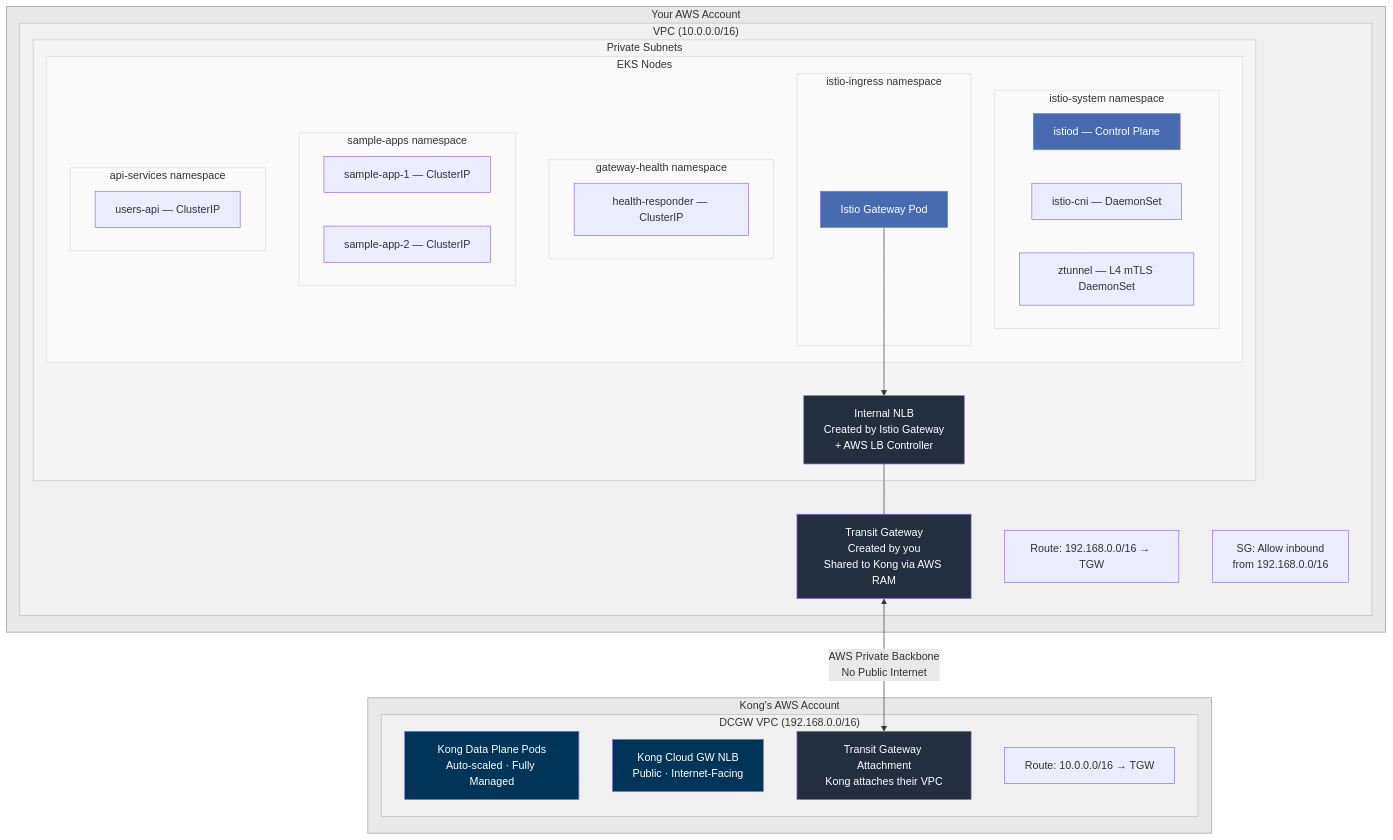
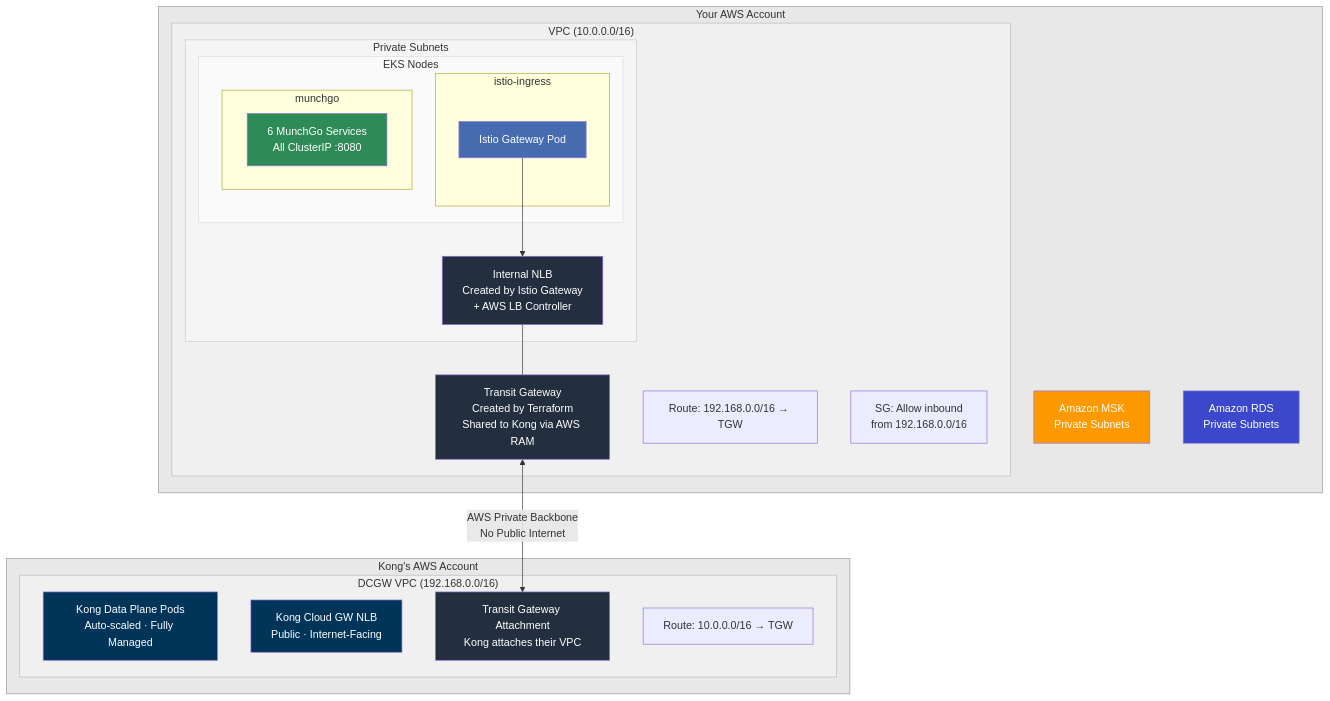
Before and after one commit to shanaka-versent/Kong-Konnect-Cloud-Gateway-on-EKS: the fifth of 13 diagrams in README.md, drawn with Mermaid. The commit also changed other lines of this file and 41 other files, not shown here.

First line of the commit message:
Deploy MunchGo microservices platform with Istio Ambient Service Mesh

````diff
--- a/README.md
+++ b/README.md
@@ -149,65 +242,52 @@
 ```mermaid
 graph TB
     subgraph your_acct2 ["Your AWS Account"]
         subgraph VPC ["VPC (10.0.0.0/16)"]
             subgraph PrivSubnets [Private Subnets]
                 subgraph EKSNodes [EKS Nodes]
-                    subgraph ns_istio_system ["istio-system namespace"]
-                        istiod_n[istiod — Control Plane]
-                        cni_n[istio-cni — DaemonSet]
-                        ztunnel_n[ztunnel — L4 mTLS DaemonSet]
-                    end
-                    subgraph ns_istio_ingress ["istio-ingress namespace"]
+                    subgraph ns_istio_ingress ["istio-ingress"]
                         gw_pod[Istio Gateway Pod]
                     end
-                    subgraph ns_gw_health2 ["gateway-health namespace"]
-                        health_n[health-responder — ClusterIP]
-                    end
-                    subgraph ns_sample_apps ["sample-apps namespace"]
-                        app1_n[sample-app-1 — ClusterIP]
-                        app2_n[sample-app-2 — ClusterIP]
-                    end
-                    subgraph ns_api2 ["api-services namespace"]
-                        api_n[users-api — ClusterIP]
+                    subgraph ns_munchgo2 ["munchgo"]
+                        services_n[6 MunchGo Services<br/>All ClusterIP :8080]
                     end
                 end
                 INLB[Internal NLB<br/>Created by Istio Gateway<br/>+ AWS LB Controller]
             end
-            TGW_Y[Transit Gateway<br/>Created by you<br/>Shared to Kong via AWS RAM]
+            TGW_Y[Transit Gateway<br/>Created by Terraform<br/>Shared to Kong via AWS RAM]
             RT_Y[Route: 192.168.0.0/16 → TGW]
             SG_Y[SG: Allow inbound<br/>from 192.168.0.0/16]
         end
+        MSK2[Amazon MSK<br/>Private Subnets]
+        RDS2[Amazon RDS<br/>Private Subnets]
     end
 
     subgraph kong_acct2 ["Kong's AWS Account"]
         subgraph KVPC ["DCGW VPC (192.168.0.0/16)"]
             KDP[Kong Data Plane Pods<br/>Auto-scaled · Fully Managed]
             KNLB[Kong Cloud GW NLB<br/>Public · Internet-Facing]
             TGW_K[Transit Gateway Attachment<br/>Kong attaches their VPC]
             RT_K[Route: 10.0.0.0/16 → TGW]
         end
     end
 
     gw_pod --> INLB
     INLB --- TGW_Y
     TGW_Y <-->|AWS Private Backbone<br/>No Public Internet| TGW_K
 
     style TGW_Y fill:#232F3E,color:#fff
     style TGW_K fill:#232F3E,color:#fff
     style INLB fill:#232F3E,color:#fff
     style KNLB fill:#003459,color:#fff
     style KDP fill:#003459,color:#fff
     style gw_pod fill:#466BB0,color:#fff
-    style istiod_n fill:#466BB0,color:#fff
+    style services_n fill:#2E8B57,color:#fff
+    style MSK2 fill:#FF9900,color:#fff
+    style RDS2 fill:#3B48CC,color:#fff
     style your_acct2 fill:#E8E8E8,stroke:#999,color:#333
     style kong_acct2 fill:#E8E8E8,stroke:#999,color:#333
     style VPC fill:#F0F0F0,stroke:#BBB,color:#333
     style KVPC fill:#F0F0F0,stroke:#BBB,color:#333
     style PrivSubnets fill:#F5F5F5,stroke:#CCC,color:#333
     style EKSNodes fill:#FAFAFA,stroke:#DDD,color:#333
-    style ns_istio_system fill:#FAFAFA,stroke:#DDD,color:#333
-    style ns_istio_ingress fill:#FAFAFA,stroke:#DDD,color:#333
-    style ns_gw_health2 fill:#FAFAFA,stroke:#DDD,color:#333
-    style ns_sample_apps fill:#FAFAFA,stroke:#DDD,color:#333
-    style ns_api2 fill:#FAFAFA,stroke:#DDD,color:#333
 ```
````
